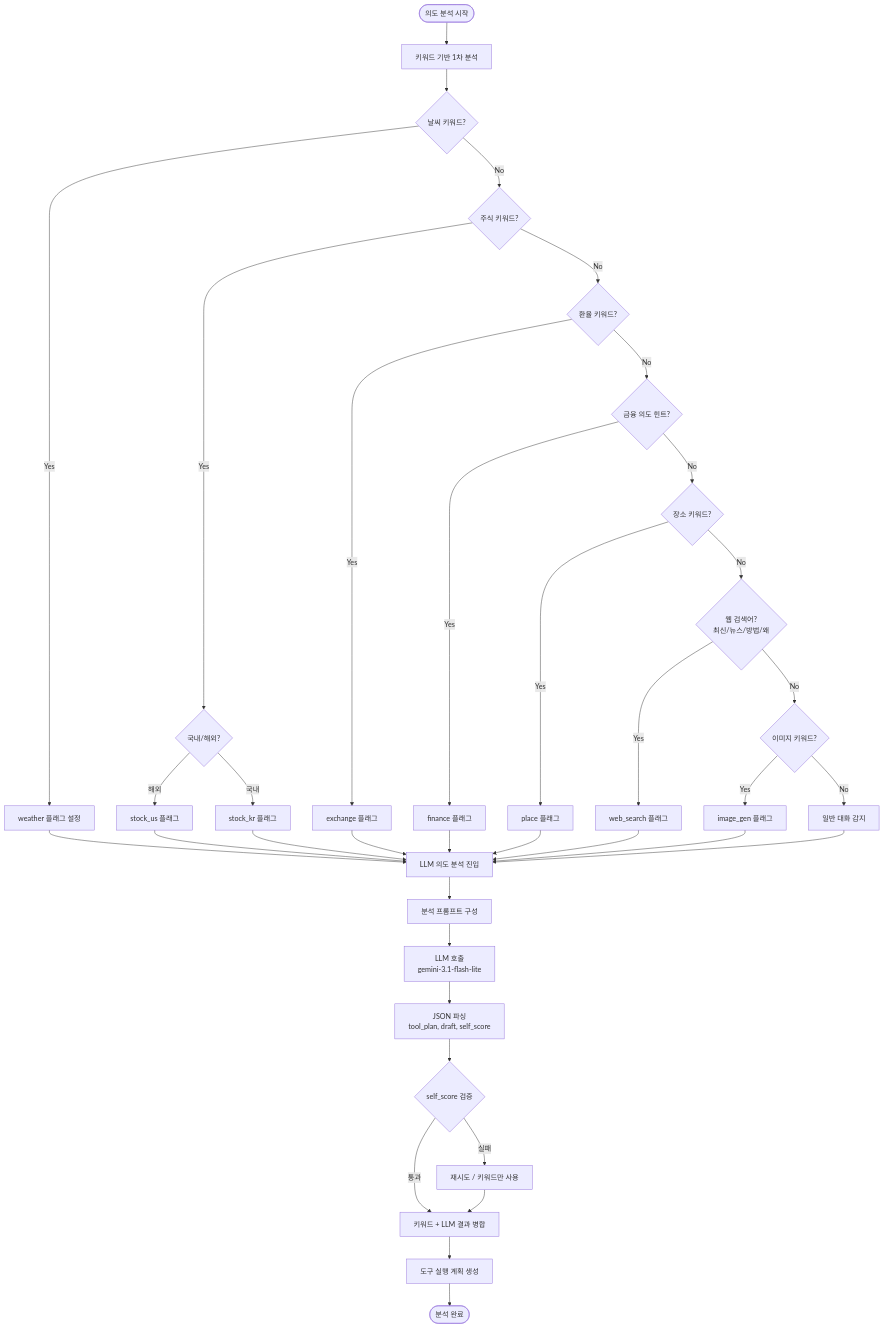
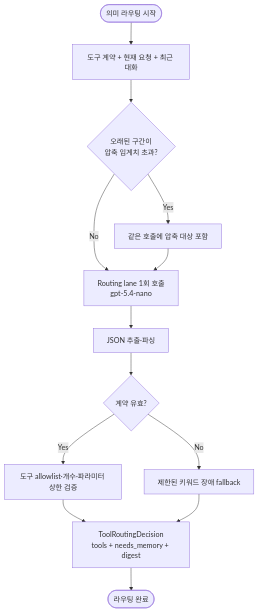
Diagram 11 of 15 in docs/UML_SPEC.ko.md (kim0040/masamong), drawn with Mermaid before and after one commit. The commit also changed other lines of this file and 30 other files, not shown here.

Commit message:
Optimize semantic routing, memory context, and TiDB usage

````diff
--- a/docs/UML_SPEC.ko.md
+++ b/docs/UML_SPEC.ko.md
@@ -723,50 +714,15 @@
 ```mermaid
 flowchart TD
-    Start([의도 분석 시작]) --> KeywordMatch[키워드 기반 1차 분석]
-    
-    KeywordMatch --> CheckWeather{날씨 키워드?}
-    CheckWeather -->|Yes| MarkWeather[weather 플래그 설정]
-    CheckWeather -->|No| CheckStock{주식 키워드?}
-    
-    CheckStock -->|Yes| ClassifyStock{국내/해외?}
-    ClassifyStock -->|해외| MarkUS[stock_us 플래그]
-    ClassifyStock -->|국내| MarkKR[stock_kr 플래그]
-    
-    CheckStock -->|No| CheckExchange{환율 키워드?}
-    CheckExchange -->|Yes| MarkExchange[exchange 플래그]
-    CheckExchange -->|No| CheckFinance{금융 의도 힌트?}
-    
-    CheckFinance -->|Yes| MarkFinance[finance 플래그]
-    CheckFinance -->|No| CheckPlace{장소 키워드?}
-    
-    CheckPlace -->|Yes| MarkPlace[place 플래그]
-    CheckPlace -->|No| CheckWebSearch{웹 검색어?<br/>최신/뉴스/방법/왜}
-    
-    CheckWebSearch -->|Yes| MarkWeb[web_search 플래그]
-    CheckWebSearch -->|No| CheckImage{이미지 키워드?}
-    
-    CheckImage -->|Yes| MarkImage[image_gen 플래그]
-    CheckImage -->|No| CheckGeneral[일반 대화 감지]
-
-    MarkWeather --> LLMEntry[LLM 의도 분석 진입]
-    MarkUS --> LLMEntry
-    MarkKR --> LLMEntry
-    MarkExchange --> LLMEntry
-    MarkFinance --> LLMEntry
-    MarkPlace --> LLMEntry
-    MarkWeb --> LLMEntry
-    MarkImage --> LLMEntry
-    CheckGeneral --> LLMEntry
-
-    LLMEntry --> BuildPrompt2[분석 프롬프트 구성]
-    BuildPrompt2 --> CallLLM[LLM 호출<br/>gemini-3.1-flash-lite]
-    CallLLM --> ParseJSON[JSON 파싱<br/>tool_plan, draft, self_score]
-    ParseJSON --> ValidateScore{self_score 검증}
-
-    ValidateScore -->|통과| MergeIntent[키워드 + LLM 결과 병합]
-    ValidateScore -->|실패| RetryLLM[재시도 / 키워드만 사용]
-    RetryLLM --> MergeIntent
-
-    MergeIntent --> BuildPlan[도구 실행 계획 생성]
-    BuildPlan --> Done([분석 완료])
+    Start([의미 라우팅 시작]) --> BuildPrompt[도구 계약 + 현재 요청 + 최근 대화]
+    BuildPrompt --> NeedDigest{오래된 구간이<br/>압축 임계치 초과?}
+    NeedDigest -->|Yes| AddDigest[같은 호출에 압축 대상 포함]
+    NeedDigest -->|No| CallRouting
+    AddDigest --> CallRouting[Routing lane 1회 호출<br/>gpt-5.4-nano]
+    CallRouting --> ParseJSON[JSON 추출·파싱]
+    ParseJSON --> Valid{계약 유효?}
+    Valid -->|Yes| Sanitize[도구 allowlist·개수·파라미터 상한 검증]
+    Valid -->|No| Emergency[제한된 키워드 장애 fallback]
+    Sanitize --> Decision[ToolRoutingDecision<br/>tools + needs_memory + digest]
+    Emergency --> Decision
+    Decision --> Done([라우팅 완료])
 ```
````
